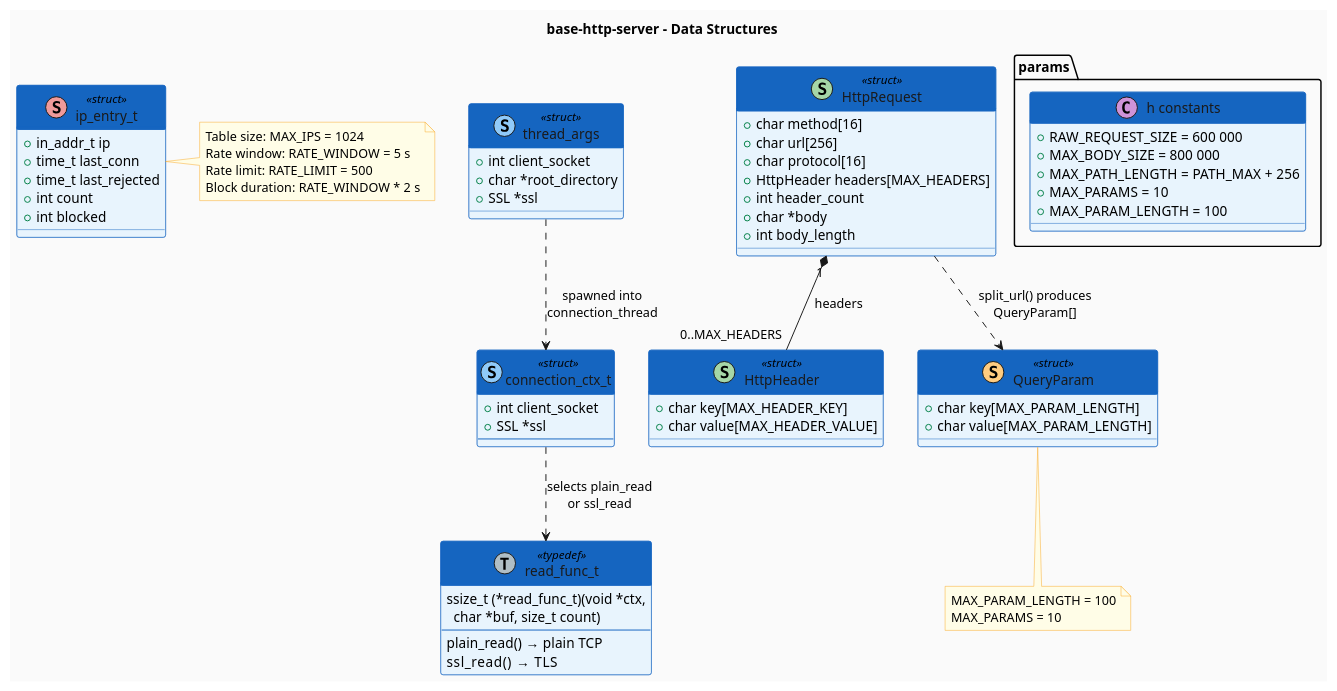
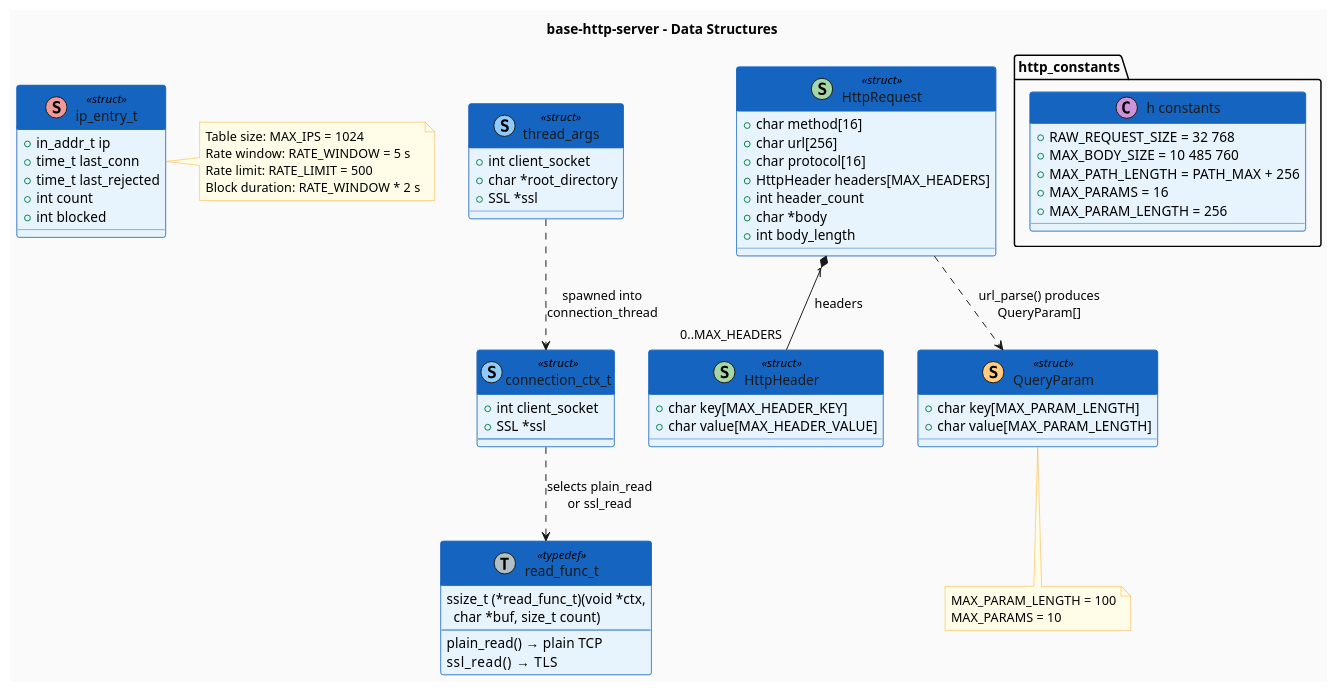
The diagram in develop_docs/diagrams/class-structures.puml (jpablotoledom/boat-rudder), drawn with PlantUML before and after one commit. The commit also changed 38 other files, not shown here.

```diff
--- a/develop_docs/diagrams/class-structures.puml
+++ b/develop_docs/diagrams/class-structures.puml
@@ -1,118 +1,118 @@
 @startuml class-structures
 
 title base-http-server - Data Structures
 
 skinparam backgroundColor #FAFAFA
 skinparam class {
     BackgroundColor #E8F4FD
     BorderColor #1565C0
     HeaderBackgroundColor #1565C0
     HeaderFontColor #FFFFFF
     FontColor #1A1A1A
 }
 skinparam note {
     BackgroundColor #FFFDE7
     BorderColor #F9A825
 }
 
 ' -----------------------------------------------------------------
 ' connection.h
 ' -----------------------------------------------------------------
 class connection_ctx_t << (S,#90CAF9) struct >> {
     + int client_socket
     + SSL *ssl
     --
     ' ssl == NULL → plain TCP
     ' ssl != NULL → TLS session
 }
 
 ' -----------------------------------------------------------------
 ' connection_thread.h
 ' -----------------------------------------------------------------
 class thread_args << (S,#90CAF9) struct >> {
     + int client_socket
     + char *root_directory
     + SSL *ssl
 }
 
 ' -----------------------------------------------------------------
 ' http_request_parser.h
 ' -----------------------------------------------------------------
 class HttpHeader << (S,#A5D6A7) struct >> {
     + char key[MAX_HEADER_KEY]
     + char value[MAX_HEADER_VALUE]
 }
 
 class HttpRequest << (S,#A5D6A7) struct >> {
     + char method[16]
     + char url[256]
     + char protocol[16]
     + HttpHeader headers[MAX_HEADERS]
     + int header_count
     + char *body
     + int body_length
 }
 
 HttpRequest "1" *-- "0..MAX_HEADERS" HttpHeader : headers
 
 ' -----------------------------------------------------------------
-' params.h
+' web_server/utils/url_parser.h
 ' -----------------------------------------------------------------
 class QueryParam << (S,#FFCC80) struct >> {
     + char key[MAX_PARAM_LENGTH]
     + char value[MAX_PARAM_LENGTH]
 }
 
 note bottom of QueryParam
   MAX_PARAM_LENGTH = 100
   MAX_PARAMS = 10
 end note
 
 ' -----------------------------------------------------------------
-' start_stop.c (internal)
+' server_listener.c (internal)
 ' -----------------------------------------------------------------
 class ip_entry_t << (S,#EF9A9A) struct >> {
     + in_addr_t ip
     + time_t last_conn
     + time_t last_rejected
     + int count
     + int blocked
 }
 
 note right of ip_entry_t
   Table size: MAX_IPS = 1024
   Rate window: RATE_WINDOW = 5 s
   Rate limit: RATE_LIMIT = 500
   Block duration: RATE_WINDOW * 2 s
 end note
 
 ' -----------------------------------------------------------------
-' Constants (params.h)
+' Constants (web_server/http_constants.h)
 ' -----------------------------------------------------------------
-class "params.h constants" << (C,#CE93D8) >> {
-    + RAW_REQUEST_SIZE = 600 000
-    + MAX_BODY_SIZE = 800 000
+class "http_constants.h constants" << (C,#CE93D8) >> {
+    + RAW_REQUEST_SIZE = 32 768
+    + MAX_BODY_SIZE = 10 485 760
     + MAX_PATH_LENGTH = PATH_MAX + 256
-    + MAX_PARAMS = 10
-    + MAX_PARAM_LENGTH = 100
+    + MAX_PARAMS = 16
+    + MAX_PARAM_LENGTH = 256
 }
 
 ' -----------------------------------------------------------------
 ' Functional type alias
 ' -----------------------------------------------------------------
 class "read_func_t" << (T,#B0BEC5) typedef >> {
     ssize_t (*read_func_t)(void *ctx,\n  char *buf, size_t count)
     --
     plain_read()  → plain TCP
     ssl_read()    → TLS
 }
 
 ' -----------------------------------------------------------------
 ' Relationships
 ' -----------------------------------------------------------------
 thread_args ..> connection_ctx_t : spawned into\nconnection_thread
 connection_ctx_t ..> "read_func_t" : selects plain_read\nor ssl_read
 
-HttpRequest ..> QueryParam : split_url() produces\nQueryParam[]
+HttpRequest ..> QueryParam : url_parse() produces\nQueryParam[]
 
 @enduml
```
